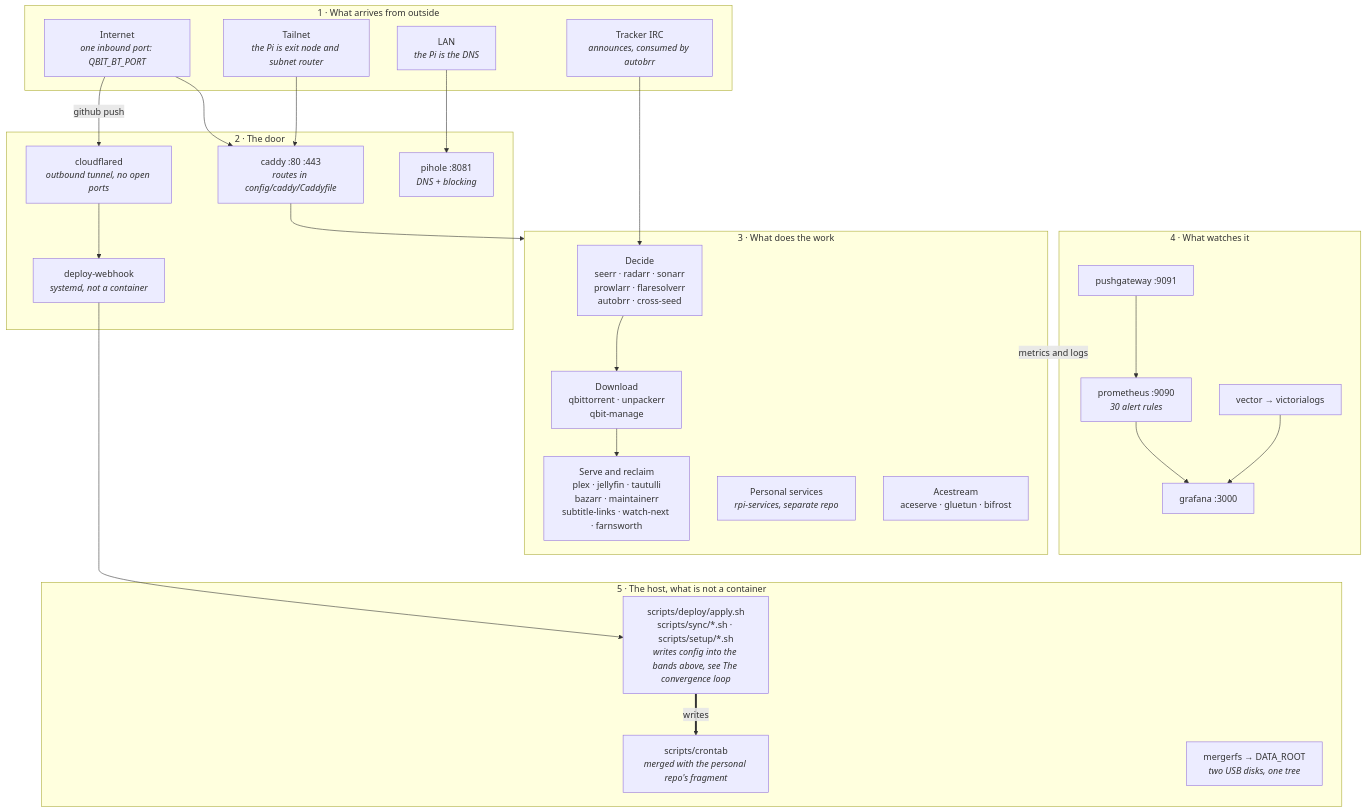
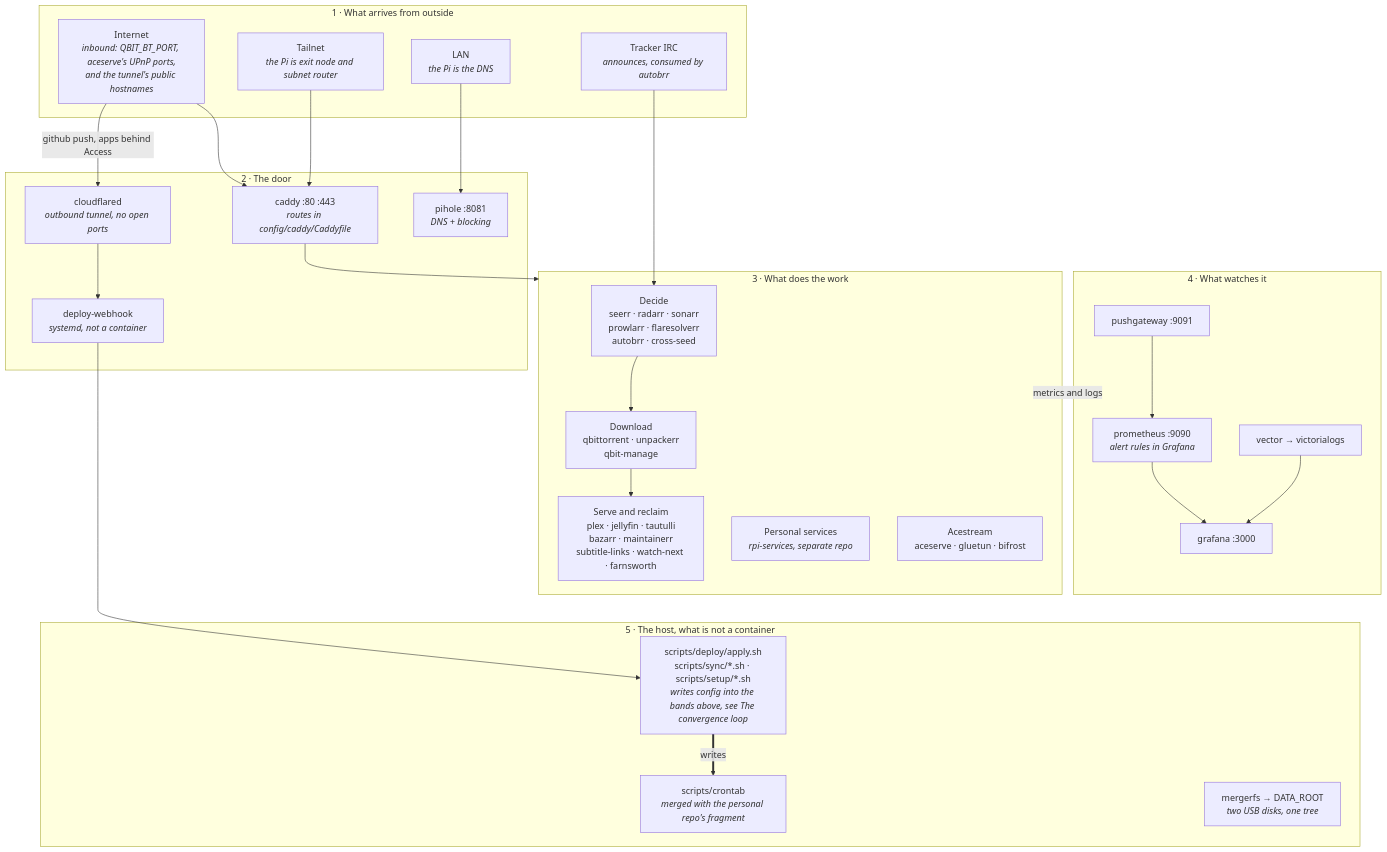
The first of 7 diagrams in docs/architecture.md (PlatanosVerdes/rpi-homeserver), drawn with Mermaid before and after one commit. The commit also changed other lines of this file and 22 other files, not shown here.

````diff
--- a/docs/architecture.md
+++ b/docs/architecture.md
@@ -14,54 +15,54 @@
 ```mermaid
 flowchart TB
   subgraph OUT["1 · What arrives from outside"]
-    NET["Internet<br/><i>one inbound port: QBIT_BT_PORT</i>"]
+    NET["Internet<br/><i>inbound: QBIT_BT_PORT, aceserve's UPnP ports,<br/>and the tunnel's public hostnames</i>"]
     TS["Tailnet<br/><i>the Pi is exit node and subnet router</i>"]
     LAN["LAN<br/><i>the Pi is the DNS</i>"]
     IRC["Tracker IRC<br/><i>announces, consumed by autobrr</i>"]
   end
 
   subgraph DOOR["2 · The door"]
     CADDY["caddy :80 :443<br/><i>routes in config/caddy/Caddyfile</i>"]
     CFD["cloudflared<br/><i>outbound tunnel, no open ports</i>"]
     PIHOLE["pihole :8081<br/><i>DNS + blocking</i>"]
     HOOK["deploy-webhook<br/><i>systemd, not a container</i>"]
   end
 
   subgraph WORK["3 · What does the work"]
     DECIDE["Decide<br/>seerr · radarr · sonarr<br/>prowlarr · flaresolverr<br/>autobrr · cross-seed"]
     GET["Download<br/>qbittorrent · unpackerr<br/>qbit-manage"]
     SERVE["Serve and reclaim<br/>plex · jellyfin · tautulli<br/>bazarr · maintainerr<br/>subtitle-links · watch-next · farnsworth"]
     PERS["Personal services<br/><i>rpi-services, separate repo</i>"]
     ACE["Acestream<br/>aceserve · gluetun · bifrost"]
   end
 
   subgraph OBS["4 · What watches it"]
-    PROM["prometheus :9090<br/><i>30 alert rules</i>"]
+    PROM["prometheus :9090<br/><i>alert rules in Grafana</i>"]
     GRAF["grafana :3000"]
     PUSH["pushgateway :9091"]
     LOGS["vector → victorialogs"]
   end
 
   subgraph HOST["5 · The host, what is not a container"]
     APPLY["scripts/deploy/apply.sh<br/>scripts/sync/*.sh · scripts/setup/*.sh<br/><i>writes config into the bands above, see The convergence loop</i>"]
     CRON["scripts/crontab<br/><i>merged with the personal repo's fragment</i>"]
     FS["mergerfs → DATA_ROOT<br/><i>two USB disks, one tree</i>"]
   end
 
   NET --> CADDY
-  NET -->|github push| CFD
+  NET -->|github push, apps behind Access| CFD
   TS --> CADDY
   LAN --> PIHOLE
   IRC --> DECIDE
   CFD --> HOOK
   CADDY --> WORK
   DECIDE --> GET --> SERVE
   WORK -. metrics and logs .-> OBS
   PUSH --> PROM --> GRAF
   LOGS --> GRAF
   HOOK --> APPLY
   APPLY ==>|writes| CRON
 
   %% every arrow points down, so the bands stack 1 to 5 in order
   GRAF ~~~ APPLY
 ```
````
